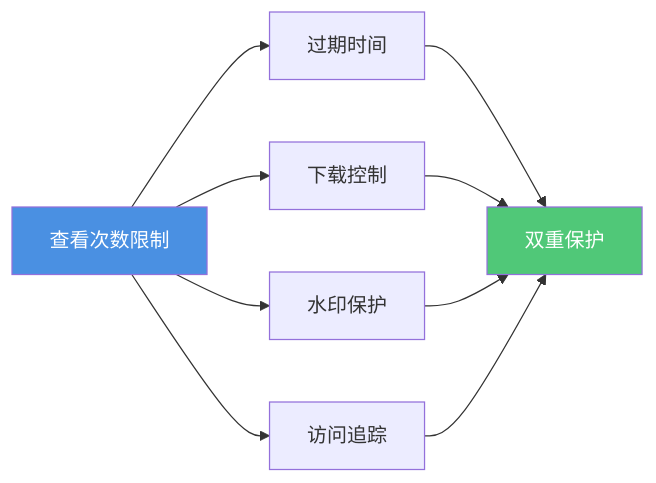
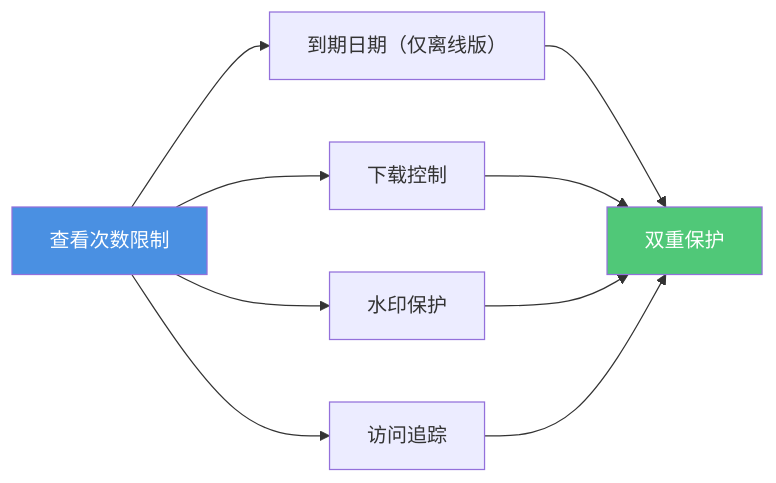
One commit to mythenigma/cloudflareAstro changed the fourth of 5 diagrams in src/content/blog/cn/pdf-set-view-count-limit-guide.md. Above: the diagram before and after it, drawn with Mermaid. The commit also changed other lines of this file and 127 other files, not shown here.

````diff
--- a/src/content/blog/cn/pdf-set-view-count-limit-guide.md
+++ b/src/content/blog/cn/pdf-set-view-count-limit-guide.md
@@ -223,15 +225,15 @@
 ```mermaid
 graph LR
-    A[查看次数限制] --> B[过期时间]
+    A[查看次数限制] --> B[到期日期（仅离线版）]
     A --> C[下载控制]
     A --> D[水印保护]
     A --> E[访问追踪]
     
     B --> F[双重保护]
     C --> F
     D --> F
     E --> F
     
     style A fill:#4A90E2,color:#fff
     style F fill:#50C878,color:#fff
 ```
````
